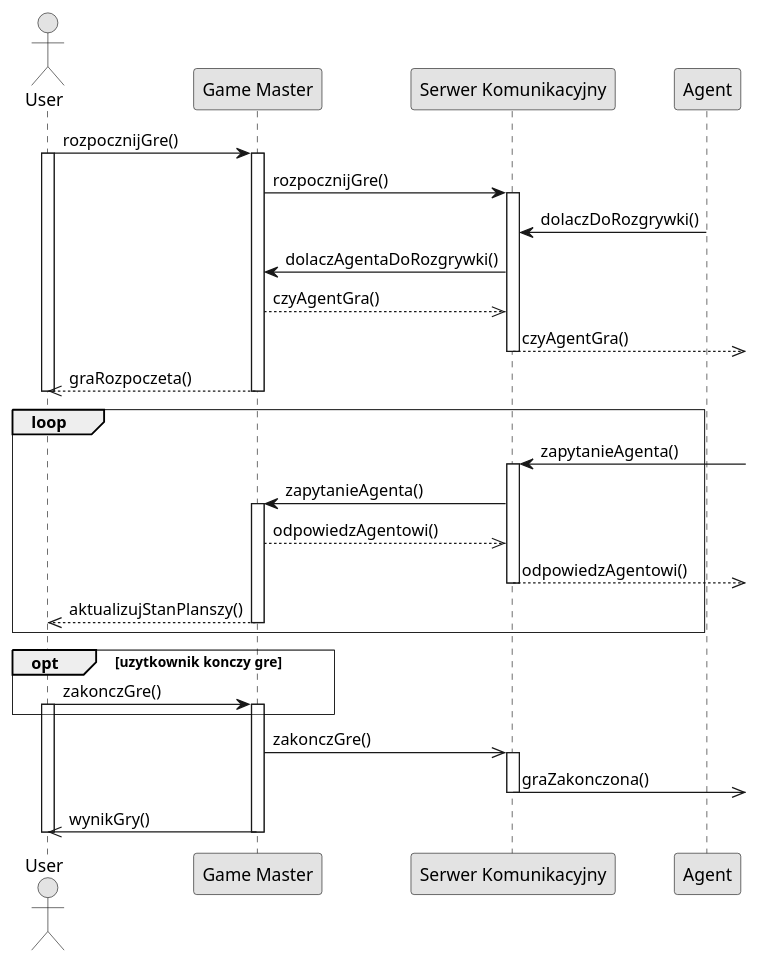
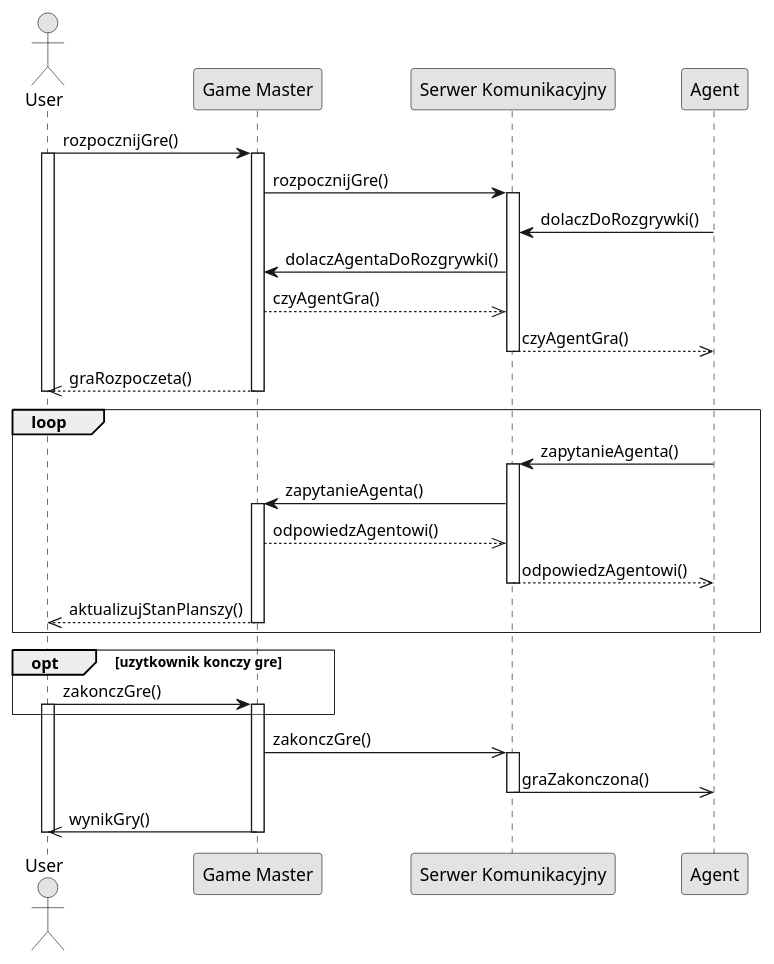
One commit to MINI-IO/IO-project-game changed the diagram in UML/SequenceDiagram/GM.puml. Above: the diagram before and after it, drawn with PlantUML.

```diff
--- a/UML/SequenceDiagram/GM.puml
+++ b/UML/SequenceDiagram/GM.puml
@@ -1,59 +1,59 @@
 @startuml
 
 skinparam shadowing false
 skinparam monochrome true
 skinparam sequenceGroupBorderThickness 0.5
 
 actor User
 participant "Game Master" as gm
 participant "Serwer Komunikacyjny" as sk
 
 User -> gm: rozpocznijGre()
 activate User
 activate gm
 gm -> sk: rozpocznijGre()
 activate sk
 
 sk <- Agent: dolaczDoRozgrywki()
 sk -> gm: dolaczAgentaDoRozgrywki()
 gm -->> sk: czyAgentGra()
-sk -->> : czyAgentGra()
+sk -->> Agent : czyAgentGra()
 deactivate sk
 
 gm -->> User: graRozpoczeta()
 deactivate gm
 deactivate User
 
 loop
-	sk <- :zapytanieAgenta()
+	sk <- Agent :zapytanieAgenta()
 	activate sk
 	sk -> gm: zapytanieAgenta()
 	activate gm
 	gm -->> sk: odpowiedzAgentowi()
-	sk -->> : odpowiedzAgentowi()
+	sk -->> Agent : odpowiedzAgentowi()
 	deactivate sk
 	
 	gm -->> User: aktualizujStanPlanszy()
 	deactivate gm
 end
 
 opt uzytkownik konczy gre
 	User -> gm: zakonczGre()
 	activate User
 	activate gm
 end
 
 gm ->> sk: zakonczGre()
 activate sk
-sk ->> : graZakonczona()
+sk ->> Agent : graZakonczona()
 deactivate sk
 
 gm ->> User: wynikGry()
 deactivate gm
 deactivate User
 
 deactivate User
 deactivate gm
 deactivate sk
 
 @enduml
```
